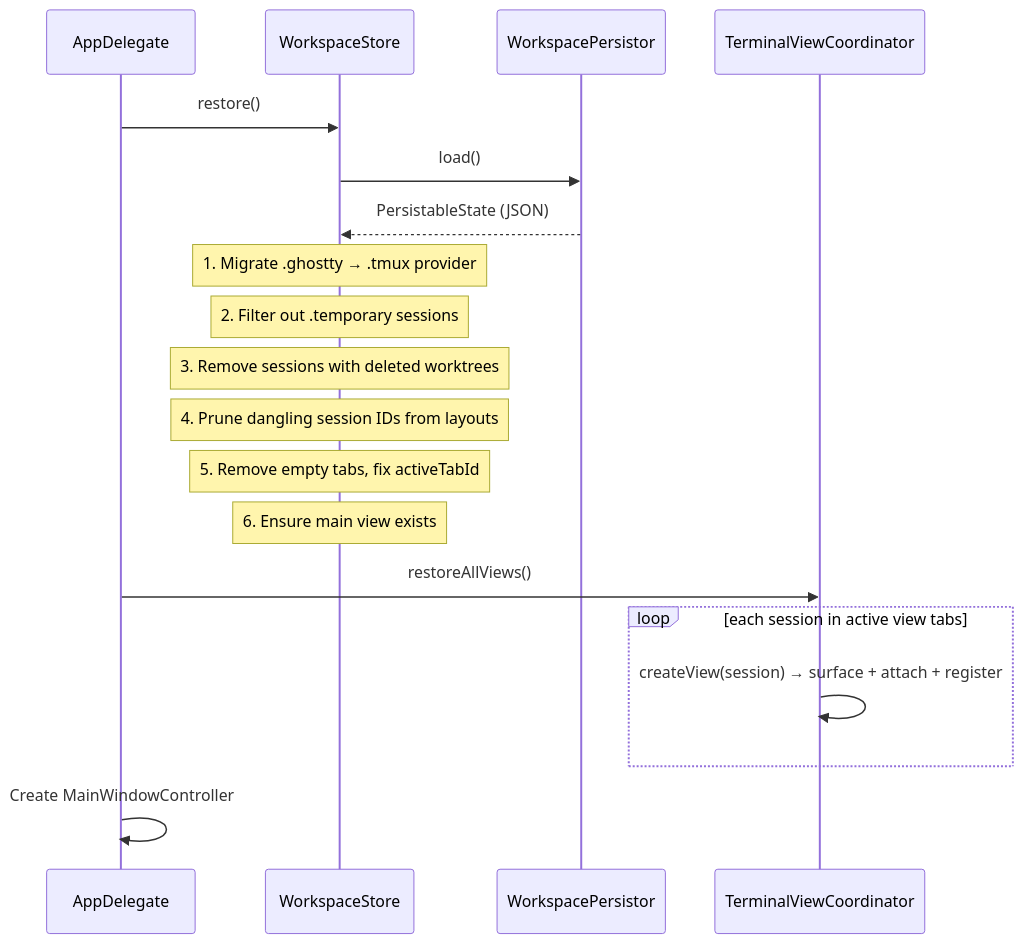
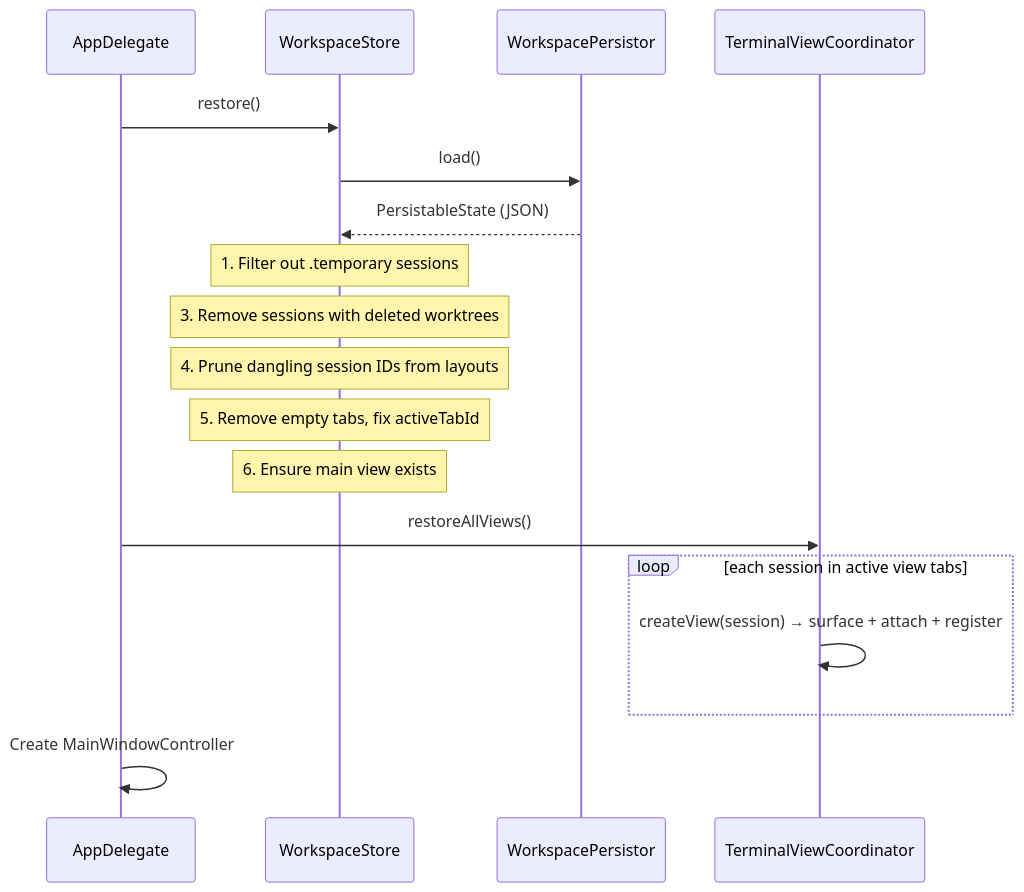
Before and after one commit to ShravanSunder/agentstudio: the fourth of 5 diagrams in docs/architecture/session_lifecycle.md, drawn with Mermaid. The commit also changed other lines of this file and 55 other files, not shown here.

````diff
--- a/docs/architecture/session_lifecycle.md
+++ b/docs/architecture/session_lifecycle.md
@@ -153,25 +153,24 @@
 ```mermaid
 sequenceDiagram
     participant AD as AppDelegate
     participant Store as WorkspaceStore
     participant P as WorkspacePersistor
     participant Coord as TerminalViewCoordinator
 
     AD->>Store: restore()
     Store->>P: load()
     P-->>Store: PersistableState (JSON)
 
-    Note over Store: 1. Migrate .ghostty → .tmux provider
-    Note over Store: 2. Filter out .temporary sessions
+    Note over Store: 1. Filter out .temporary sessions
     Note over Store: 3. Remove sessions with deleted worktrees
     Note over Store: 4. Prune dangling session IDs from layouts
     Note over Store: 5. Remove empty tabs, fix activeTabId
     Note over Store: 6. Ensure main view exists
 
     AD->>Coord: restoreAllViews()
     loop each session in active view tabs
         Coord->>Coord: createView(session) → surface + attach + register
     end
 
     AD->>AD: Create MainWindowController
 ```
````
